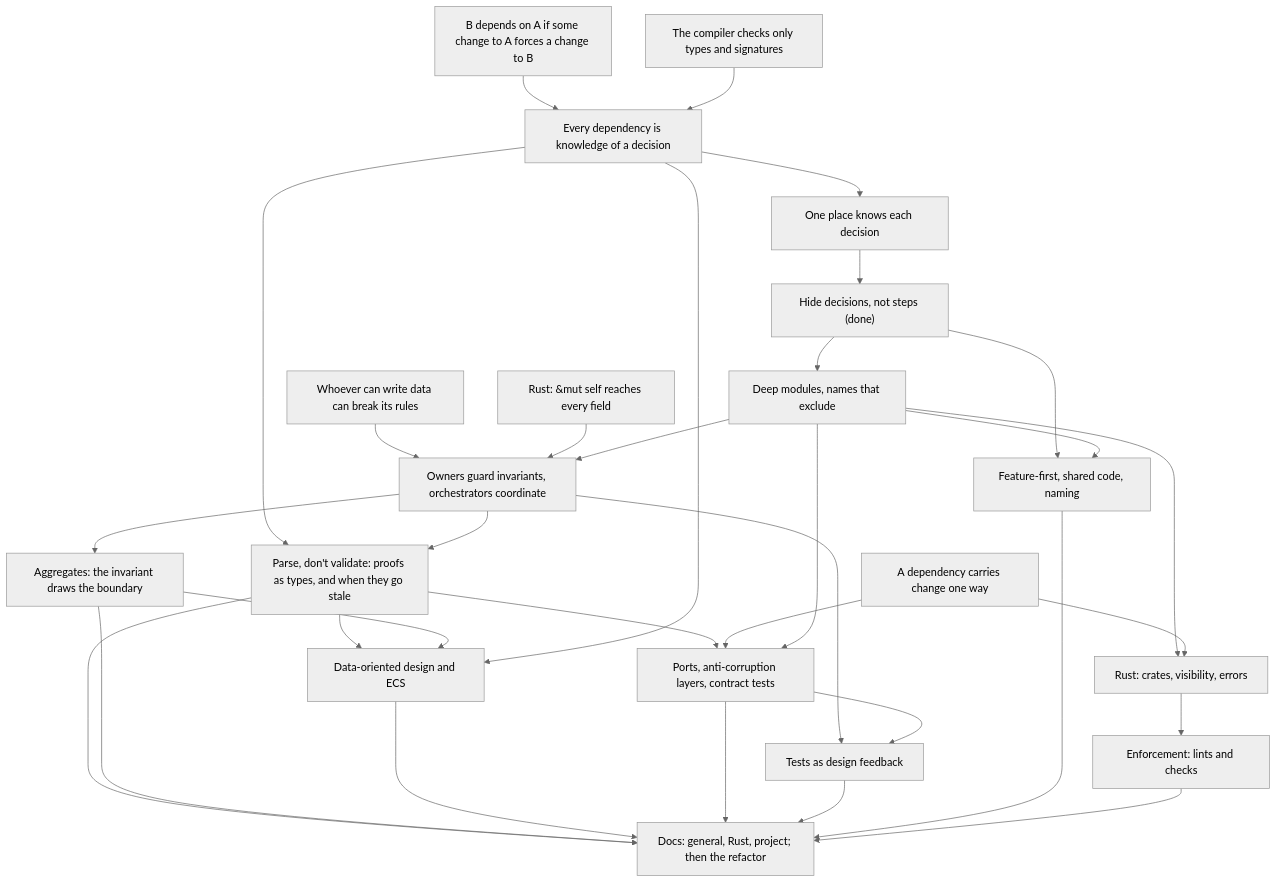
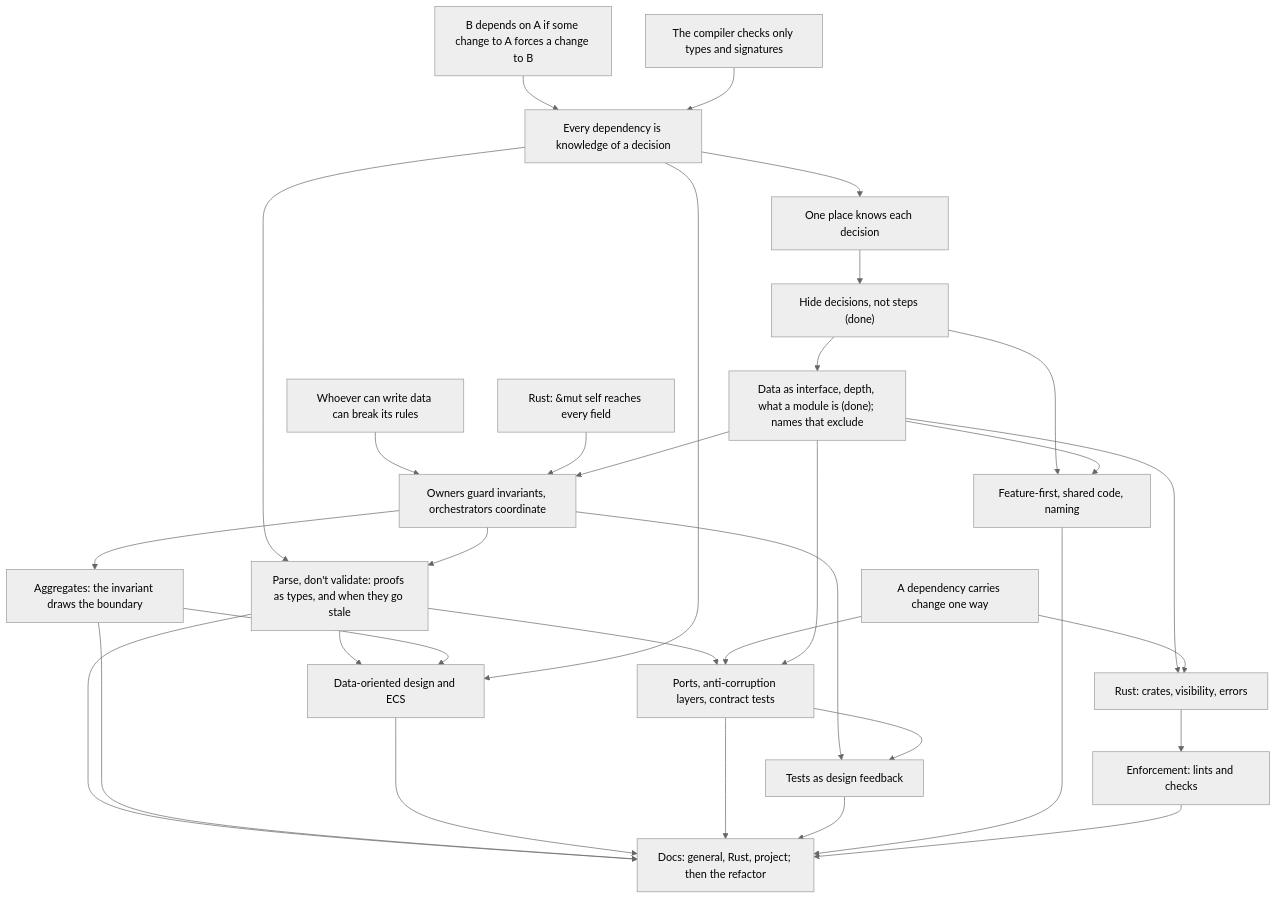
The diagram in docs/course/architecture/COURSE.md (EMachad0/CardGameEngine), drawn with Mermaid (neutral theme) before and after one commit. The commit also changed other lines of this file and 4 other files, not shown here.

Commit message:
Close architecture session 01b: data as interface, depth, what a module is, file or module; quote check; session log; prepare 01c log

````diff
--- a/docs/course/architecture/COURSE.md
+++ b/docs/course/architecture/COURSE.md
@@ -249,55 +294,55 @@
 ```mermaid
 graph TD
   U1["B depends on A if some change to A forces a change to B"]
   U2["The compiler checks only types and signatures"]
   R1["Every dependency is knowledge of a decision"]
   OP["One place knows each decision"]
   R2["Whoever can write data can break its rules"]
   R3["A dependency carries change one way"]
   R4["Rust: &mut self reaches every field"]
 
   H["Hide decisions, not steps (done)"]
-  D["Deep modules, names that exclude"]
+  D["Data as interface, depth, what a module is (done); names that exclude"]
   O["Owners guard invariants, orchestrators coordinate"]
   A["Aggregates: the invariant draws the boundary"]
   PDV["Parse, don't validate: proofs as types, and when they go stale"]
   DOD["Data-oriented design and ECS"]
   P["Ports, anti-corruption layers, contract tests"]
   T["Tests as design feedback"]
   F["Feature-first, shared code, naming"]
   RS["Rust: crates, visibility, errors"]
   E["Enforcement: lints and checks"]
   DOCS["Docs: general, Rust, project; then the refactor"]
 
   U1-->R1
   U2-->R1
   R1-->OP
   OP-->H
   H-->D
   R2-->O
   R4-->O
   D-->O
   O-->A
   R1-->PDV
   O-->PDV
   PDV-->DOD
   PDV-->P
   PDV-->DOCS
   A-->DOD
   R1-->DOD
   R3-->P
   D-->P
   O-->T
   P-->T
   H-->F
   D-->F
   D-->RS
   R3-->RS
   RS-->E
   A-->DOCS
   DOD-->DOCS
   P-->DOCS
   T-->DOCS
   F-->DOCS
   E-->DOCS
 ```
````
